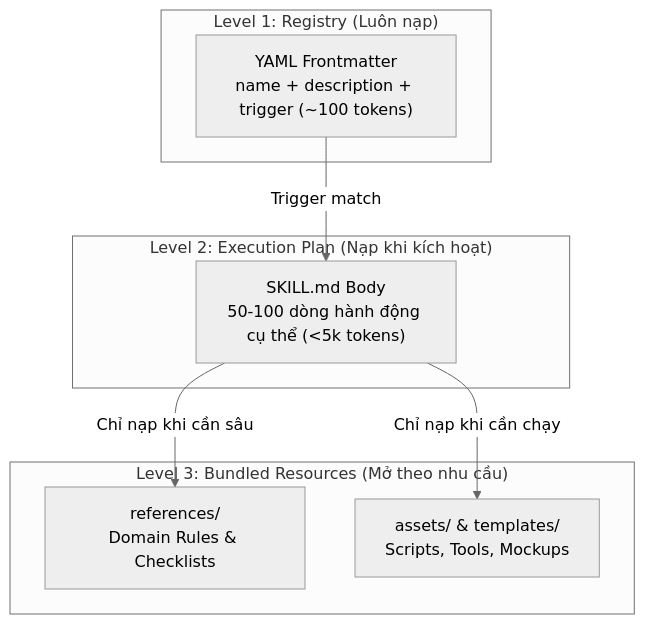
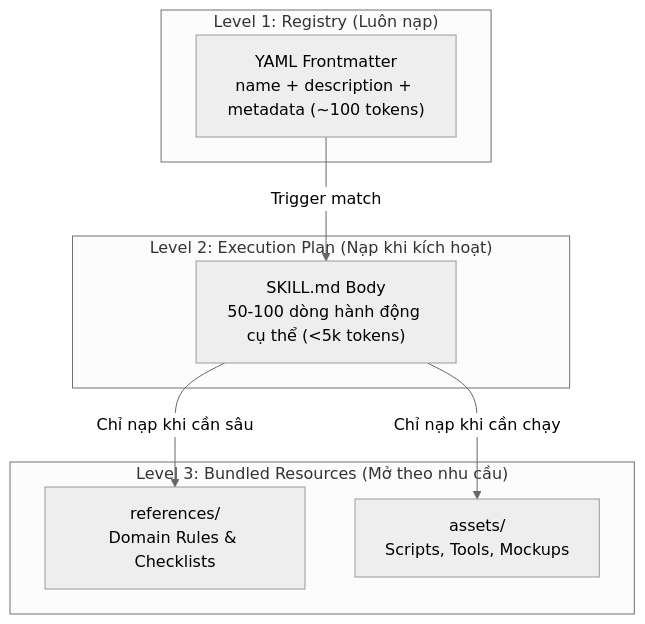
One commit to quangnt2697/Agent-skills changed the first of 2 diagrams in CATALOG.md. Above: the diagram before and after it, drawn with Mermaid (neutral theme). The commit also changed other lines of this file and 110 other files, not shown here.

````diff
--- a/CATALOG.md
+++ b/CATALOG.md
@@ -96,16 +96,16 @@
 ```mermaid
 graph TD
     subgraph "Level 1: Registry (Luôn nạp)"
-        L1["YAML Frontmatter<br/>name + description + trigger (~100 tokens)"]
+        L1["YAML Frontmatter<br/>name + description + metadata (~100 tokens)"]
     end
     subgraph "Level 2: Execution Plan (Nạp khi kích hoạt)"
         L2["SKILL.md Body<br/>50-100 dòng hành động cụ thể (<5k tokens)"]
     end
     subgraph "Level 3: Bundled Resources (Mở theo nhu cầu)"
         L3A["references/<br/>Domain Rules & Checklists"]
-        L3B["assets/ & templates/<br/>Scripts, Tools, Mockups"]
+        L3B["assets/<br/>Scripts, Tools, Mockups"]
     end
     L1 -->|Trigger match| L2
     L2 -->|Chỉ nạp khi cần sâu| L3A
     L2 -->|Chỉ nạp khi cần chạy| L3B
 ```
````
